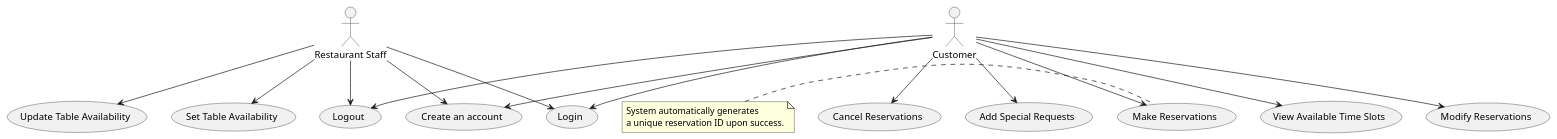
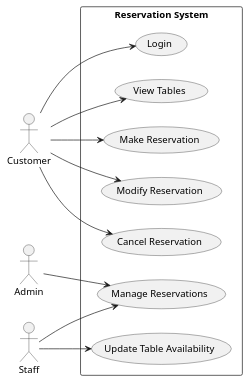
Before and after one commit to Basmalamoustafa/Aura-Restaurant-Management-System: the diagram in resto_UML.puml, drawn with PlantUML. The commit also changed 2 other files, not shown here.

Commit message:
Update diagrams

```diff
--- a/resto_UML.puml
+++ b/resto_UML.puml
@@ -1,29 +1,26 @@
 @startuml
-'https://plantuml.com/use-case-diagram
+left to right direction
 
-:Customer: as Customer
-:Restaurant Staff: as Staff
+actor "Customer" as Customer
+actor "Admin" as Admin
+actor "Staff" as Staff
 
-Customer --> (Login)
-Staff --> (Login)
+rectangle "Reservation System" {
+    usecase "Login" as UC1
+    usecase "View Tables" as UC2
+    usecase "Make Reservation" as UC3
+    usecase "Modify Reservation" as UC4
+    usecase "Cancel Reservation" as UC5
+    usecase "Manage Reservations" as UC6
+    usecase "Update Table Availability" as UC7
+}
 
-Customer --> (Logout)
-Staff --> (Logout)
-
-Customer --> (Create an account)
-Staff --> (Create an account)
-
-Customer --> (View Available Time Slots)
-Customer --> (Make Reservations)
-Customer --> (Modify Reservations)
-Customer --> (Cancel Reservations)
-Customer --> (Add Special Requests)
-
-Staff --> (Set Table Availability)
-Staff --> (Update Table Availability)
-
-note left of (Make Reservations)
-System automatically generates
-a unique reservation ID upon success.
-end note
+Customer --> UC1
+Customer --> UC2
+Customer --> UC3
+Customer --> UC4
+Customer --> UC5
+Staff --> UC6
+Staff --> UC7
+Admin --> UC6
 @enduml
```
